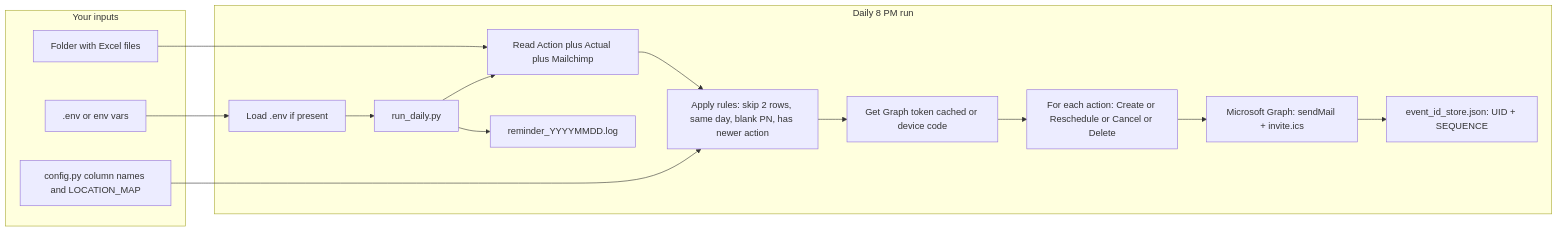
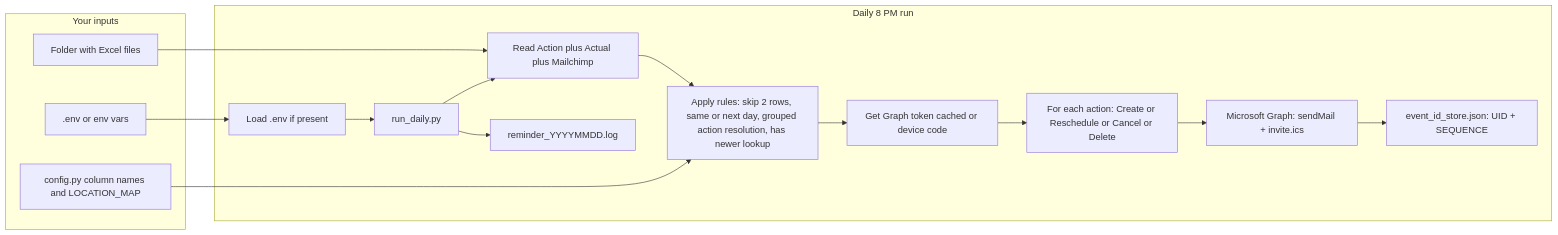
The diagram in README.md (purudani/daily-patient-reminder), drawn with Mermaid before and after one commit. The commit also changed other lines of this file and 6 other files, not shown here.

````diff
--- a/README.md
+++ b/README.md
@@ -67,30 +118,30 @@
 ```mermaid
 flowchart LR
   subgraph inputs [Your inputs]
     Folder[Folder with Excel files]
     Env[.env or env vars]
     Config[config.py column names and LOCATION_MAP]
   end
   subgraph run [Daily 8 PM run]
     Run[run_daily.py]
     LoadEnv[Load .env if present]
     ReadExcel[Read Action plus Actual plus Mailchimp]
-    Rules[Apply rules: skip 2 rows, same day, blank PN, has newer action]
+    Rules[Apply rules: skip 2 rows, same or next day, grouped action resolution, has newer lookup]
     Token[Get Graph token cached or device code]
     Loop[For each action: Create or Reschedule or Cancel or Delete]
     Graph[Microsoft Graph: sendMail + invite.ics]
     Store[event_id_store.json: UID + SEQUENCE]
     Log[reminder_YYYYMMDD.log]
   end
   Folder --> ReadExcel
   Env --> LoadEnv
   Config --> Rules
   LoadEnv --> Run
   Run --> ReadExcel
   ReadExcel --> Rules
   Rules --> Token
   Token --> Loop
   Loop --> Graph
   Graph --> Store
   Run --> Log
 ```
````
